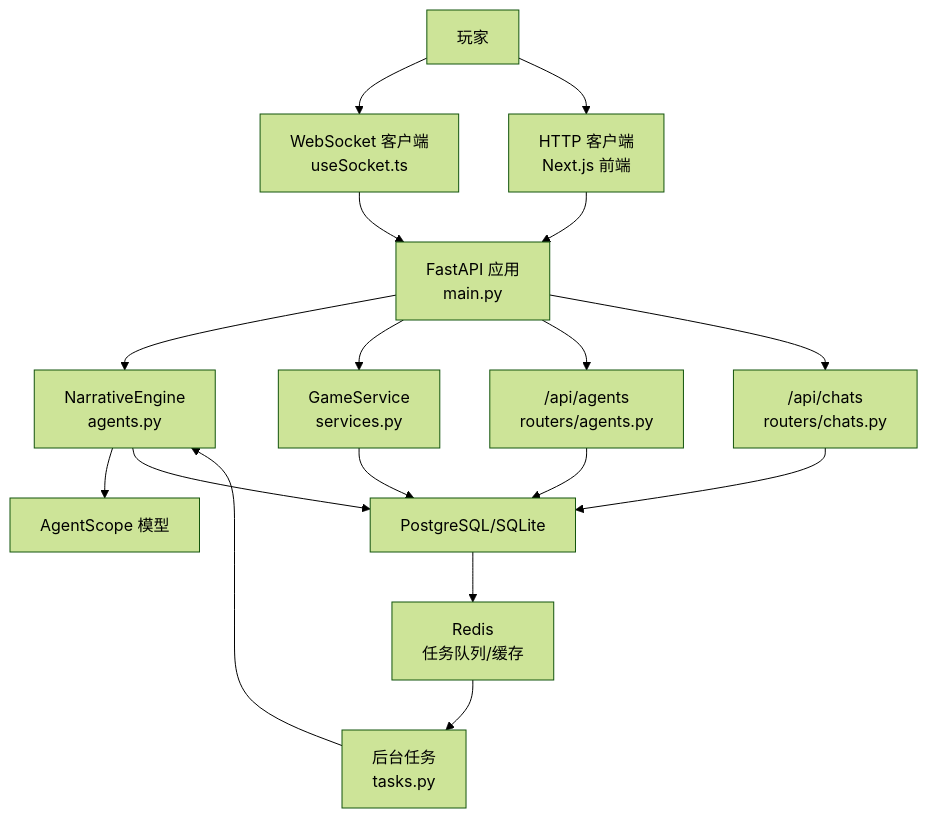
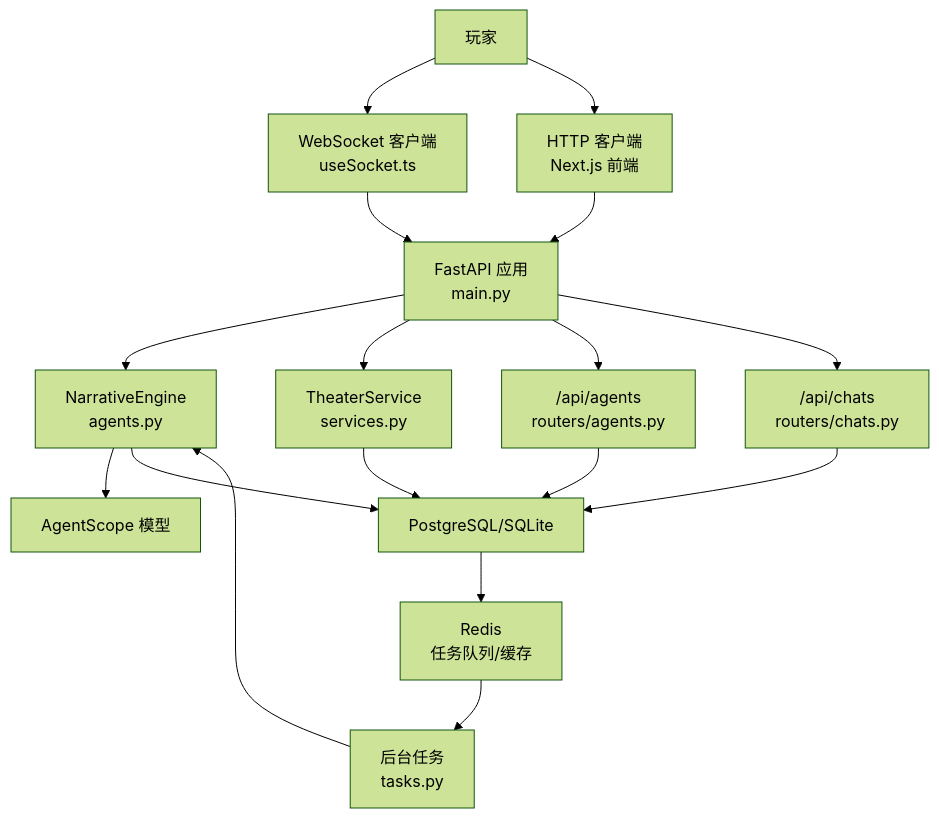
One commit to KunLabAI/KunFlix changed the second of 9 diagrams in .qoder/repowiki/zh/content/系统架构/多智能体叙事引擎架构.md. Above: the diagram before and after it, drawn with Mermaid (forest theme). The commit also changed other lines of this file and 112 other files, not shown here.

````diff
--- a/.qoder/repowiki/zh/content/系统架构/多智能体叙事引擎架构.md
+++ b/.qoder/repowiki/zh/content/系统架构/多智能体叙事引擎架构.md
@@ -140,19 +140,19 @@
 ```mermaid
 graph TB
 U["玩家"] --> WS["WebSocket 客户端<br/>useSocket.ts"]
 U --> HTTP["HTTP 客户端<br/>Next.js 前端"]
 WS --> API["FastAPI 应用<br/>main.py"]
 HTTP --> API
 API --> NE["NarrativeEngine<br/>agents.py"]
-API --> GS["GameService<br/>services.py"]
+API --> GS["TheaterService<br/>services.py"]
 API --> RT1["/api/agents<br/>routers/agents.py"]
 API --> RT2["/api/chats<br/>routers/chats.py"]
 NE --> AS["AgentScope 模型"]
 NE --> DB["PostgreSQL/SQLite"]
 GS --> DB
 RT1 --> DB
 RT2 --> DB
 DB --> REDIS["Redis<br/>任务队列/缓存"]
 REDIS --> TK["后台任务<br/>tasks.py"]
 TK --> NE
 ```
````
